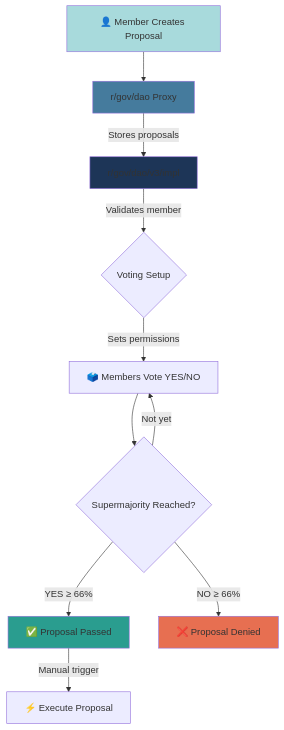
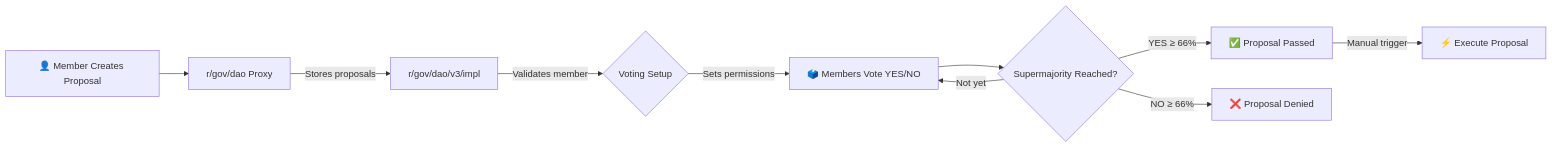
The diagram in gno-tutorials/short-tutorials/10-GovDAO/slides.md (samouraiworld/peerdev), drawn with Mermaid before and after one commit. The commit also changed other lines of this file, not shown here.

Commit message:
fix: update proposal flow diagram and voting instructions

````diff
--- a/gno-tutorials/short-tutorials/10-GovDAO/slides.md
+++ b/gno-tutorials/short-tutorials/10-GovDAO/slides.md
@@ -108,18 +108,12 @@
 ```mermaid
-graph TD
+graph LR
     A[👤 Member Creates Proposal] --> B[r/gov/dao Proxy]
     B -->|Stores proposals| C[r/gov/dao/v3/impl]
     C -->|Validates member| D{Voting Setup}
     D -->|Sets permissions| E[🗳️ Members Vote YES/NO]
     E --> F{Supermajority Reached?}
     F -->|YES ≥ 66%| G[✅ Proposal Passed]
     F -->|NO ≥ 66%| H[❌ Proposal Denied]
     G -->|Manual trigger| I[⚡ Execute Proposal]
     F -->|Not yet| E
-    
-    style A fill:#a8dadc
-    style B fill:#457b9d
-    style C fill:#1d3557
-    style G fill:#2a9d8f
-    style H fill:#e76f51
 ```
````
